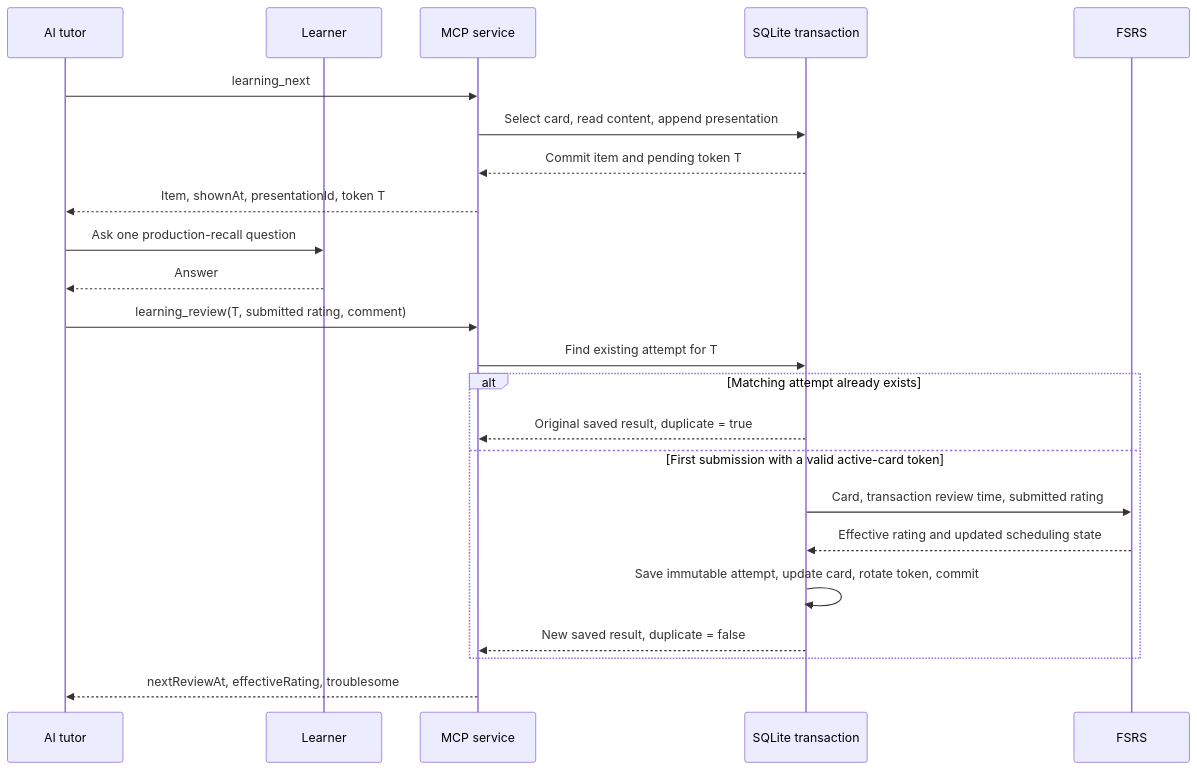
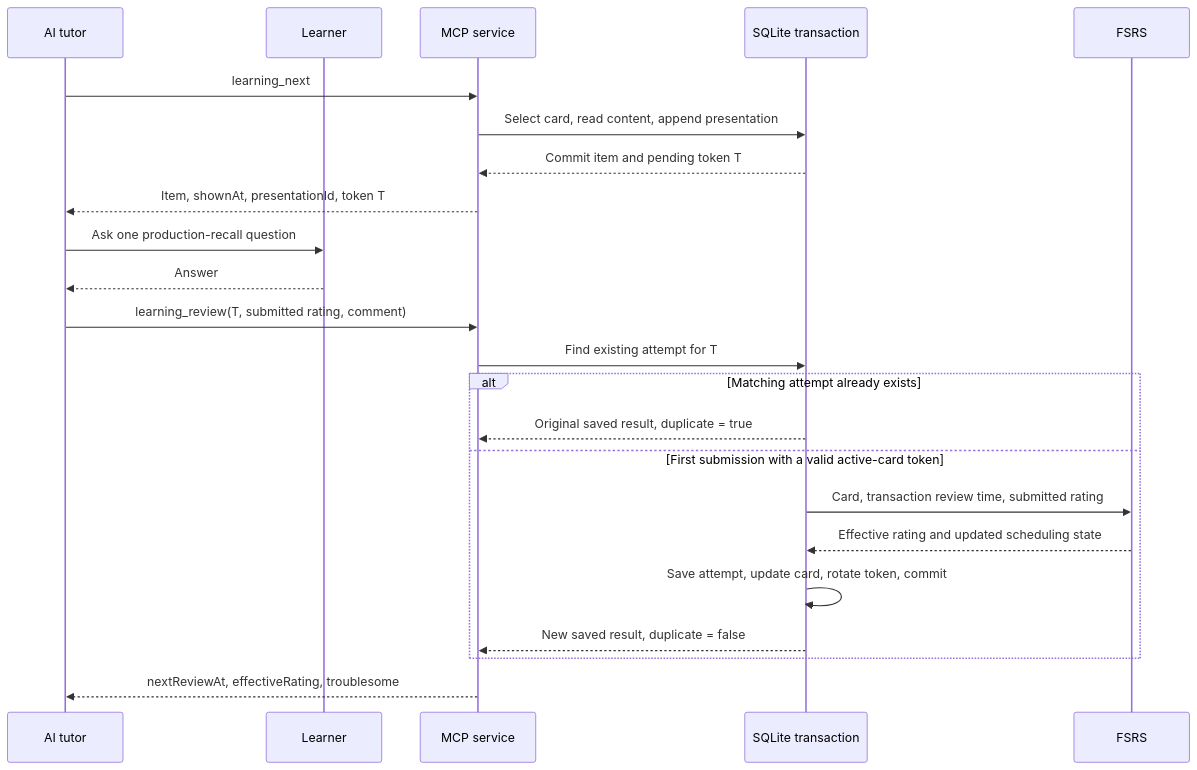
Before and after one commit to cjvnjde/chatgpt-english-mcp: the fourth of 6 diagrams in docs/how-it-works.md, drawn with Mermaid. The commit also changed other lines of this file and 15 other files, not shown here.

````diff
--- a/docs/how-it-works.md
+++ b/docs/how-it-works.md
@@ -583,25 +585,25 @@
 ```mermaid
 sequenceDiagram
     participant Tutor as AI tutor
     participant Learner
     participant MCP as MCP service
     participant DB as SQLite transaction
     participant Schedule as FSRS
     Tutor->>MCP: learning_next
     MCP->>DB: Select card, read content, append presentation
     DB-->>MCP: Commit item and pending token T
     MCP-->>Tutor: Item, shownAt, presentationId, token T
     Tutor->>Learner: Ask one production-recall question
     Learner-->>Tutor: Answer
     Tutor->>MCP: learning_review(T, submitted rating, comment)
     MCP->>DB: Find existing attempt for T
     alt Matching attempt already exists
         DB-->>MCP: Original saved result, duplicate = true
     else First submission with a valid active-card token
         DB->>Schedule: Card, transaction review time, submitted rating
         Schedule-->>DB: Effective rating and updated scheduling state
-        DB->>DB: Save immutable attempt, update card, rotate token, commit
+        DB->>DB: Save attempt, update card, rotate token, commit
         DB-->>MCP: New saved result, duplicate = false
     end
     MCP-->>Tutor: nextReviewAt, effectiveRating, troublesome
 ```
````
